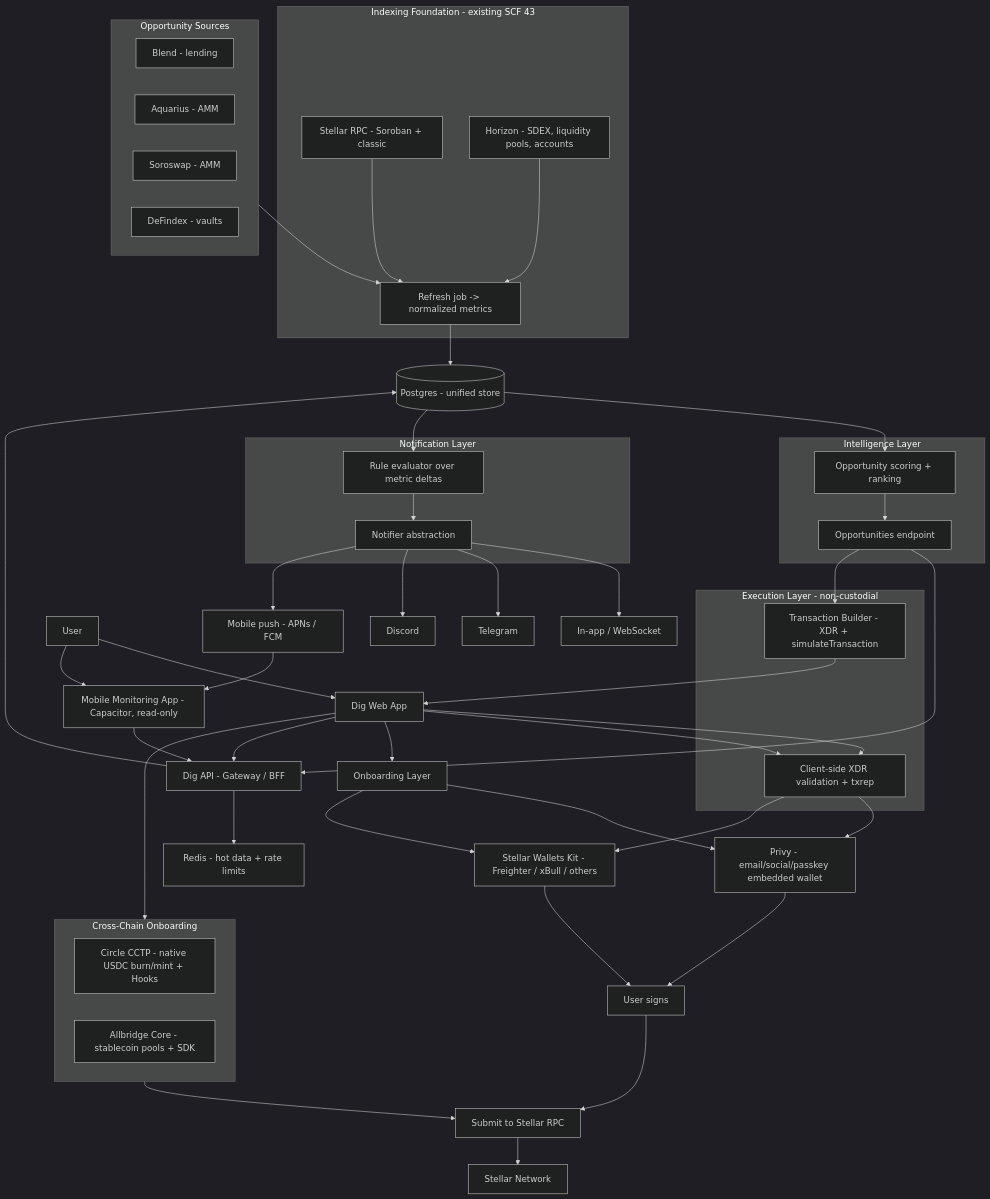
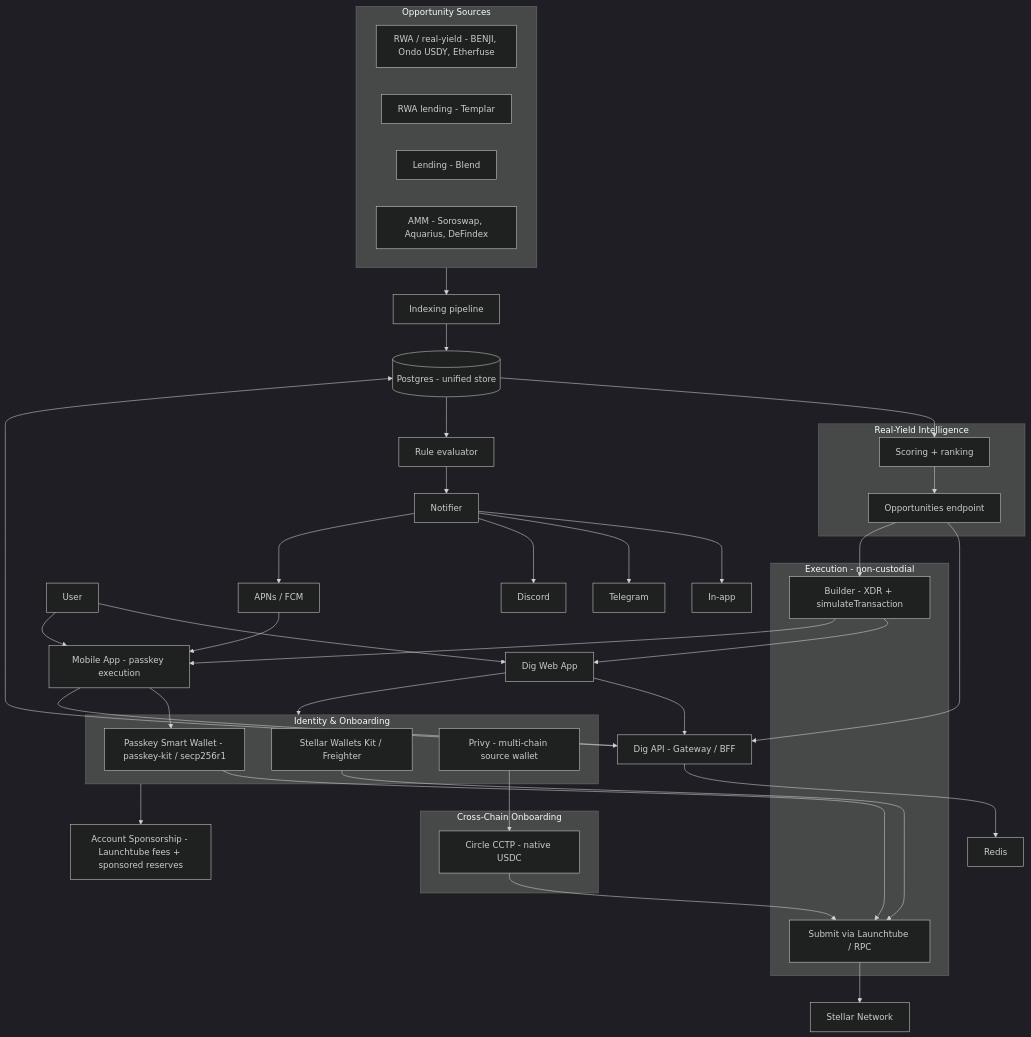
One commit to Mael-wnb/dig-stellar changed the first of 3 diagrams in docs/accelerator/ARCHITECTURE.md. Above: the diagram before and after it, drawn with Mermaid (dark theme). The commit also changed other lines of this file and 1 other file, not shown here.

Commit message:
docs: accelerator architecture and readme update

````diff
--- a/docs/accelerator/ARCHITECTURE.md
+++ b/docs/accelerator/ARCHITECTURE.md
@@ -54,73 +61,64 @@
 ```mermaid
 flowchart TB
-  U[User] --> UI[Dig Web App]
-  U --> Mobile[Mobile Monitoring App - Capacitor, read-only]
+  U[User] --> Web[Dig Web App]
+  U --> Mobile[Mobile App - passkey execution]
 
-  %% Onboarding
-  UI --> Onboard[Onboarding Layer]
-  Onboard --> Privy[Privy - email/social/passkey embedded wallet]
-  Onboard --> WK[Stellar Wallets Kit - Freighter / xBull / others]
+  %% Identity
+  subgraph Identity[Identity & Onboarding]
+    Passkey[Passkey Smart Wallet - passkey-kit / secp256r1]
+    WK[Stellar Wallets Kit / Freighter]
+    Privy[Privy - multi-chain source wallet]
+  end
+  Web --> Identity
+  Mobile --> Passkey
+
+  %% Sponsorship
+  Identity --> Sponsor[Account Sponsorship - Launchtube fees + sponsored reserves]
 
   %% API
-  UI --> API[Dig API - Gateway / BFF]
+  Web --> API[Dig API - Gateway / BFF]
   Mobile --> API
   API --> DB[(Postgres - unified store)]
-  API --> Cache[Redis - hot data + rate limits]
+  API --> Cache[Redis]
 
   %% Intelligence
-  subgraph Intel[Intelligence Layer]
-    Score[Opportunity scoring + ranking]
+  subgraph Intel[Real-Yield Intelligence]
+    Score[Scoring + ranking]
     OppAPI[Opportunities endpoint]
   end
   DB --> Score --> OppAPI --> API
 
-  %% Indexing foundation (existing)
-  subgraph Index[Indexing Foundation - existing SCF 43]
-    RPC[Stellar RPC - Soroban + classic]
-    HZ[Horizon - SDEX, liquidity pools, accounts]
-    Refresh[Refresh job -> normalized metrics]
+  %% Sources - real-yield first
+  subgraph Sources[Opportunity Sources]
+    RWA[RWA / real-yield - BENJI, Ondo USDY, Etherfuse]
+    RWALend[RWA lending - Templar]
+    Lend[Lending - Blend]
+    AMM[AMM - Soroswap, Aquarius, DeFindex]
   end
-  RPC --> Refresh --> DB
-  HZ --> Refresh
-
-  %% Opportunity sources
-  subgraph Sources[Opportunity Sources]
-    Blend[Blend - lending]
-    Aqua[Aquarius - AMM]
-    Soro[Soroswap - AMM]
-    DeFindex[DeFindex - vaults]
-  end
-  Sources --> Refresh
+  Sources --> Refresh[Indexing pipeline] --> DB
 
   %% Execution
-  subgraph Exec[Execution Layer - non-custodial]
-    Build[Transaction Builder - XDR + simulateTransaction]
-    Validate[Client-side XDR validation + txrep]
+  subgraph Exec[Execution - non-custodial]
+    Build[Builder - XDR + simulateTransaction]
+    Submit[Submit via Launchtube / RPC]
   end
-  OppAPI --> Build --> UI
-  UI --> Validate --> Privy
-  UI --> Validate --> WK
-  Privy --> Sign[User signs] --> Submit[Submit to Stellar RPC]
-  WK --> Sign
+  OppAPI --> Build --> Web
+  Build --> Mobile
+  Passkey --> Submit
+  WK --> Submit
 
   %% Cross-chain
   subgraph XChain[Cross-Chain Onboarding]
-    CCTP[Circle CCTP - native USDC burn/mint + Hooks]
-    Allbridge[Allbridge Core - stablecoin pools + SDK]
+    CCTP[Circle CCTP - native USDC]
   end
-  UI --> XChain --> Submit
+  Privy --> CCTP --> Submit
 
   %% Notifications
-  subgraph Notif[Notification Layer]
-    Rules[Rule evaluator over metric deltas]
-    Notifier[Notifier abstraction]
-  end
-  DB --> Rules --> Notifier
-  Notifier --> InApp[In-app / WebSocket]
+  DB --> Rules[Rule evaluator] --> Notifier[Notifier]
+  Notifier --> InApp[In-app]
   Notifier --> TG[Telegram]
   Notifier --> DC[Discord]
-  Notifier --> Push[Mobile push - APNs / FCM]
-  Push --> Mobile
+  Notifier --> Push[APNs / FCM] --> Mobile
 
   Submit --> Net[Stellar Network]
 ```
````
